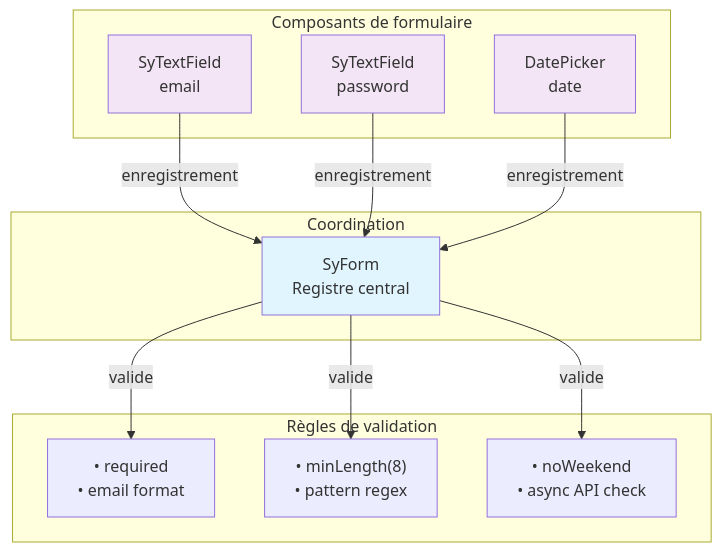
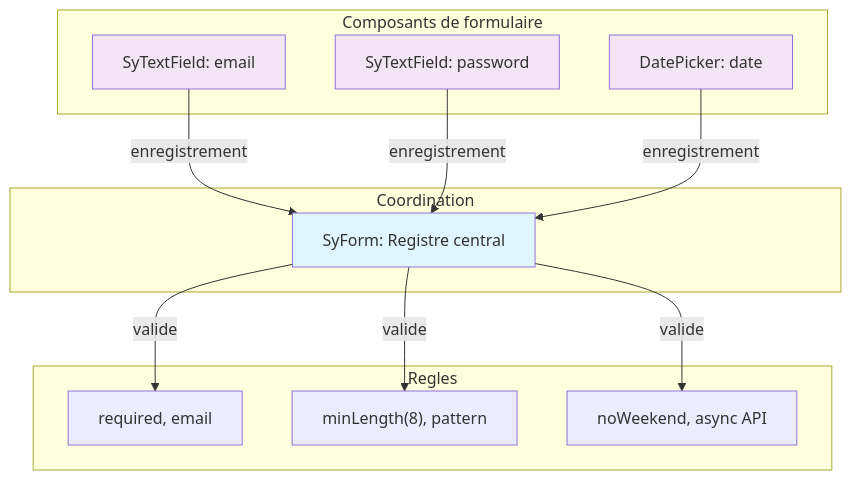
One commit to assurance-maladie-digital/design-system-v3 changed the first of 9 diagrams in VALIDATION_SYSTEM_GUIDE.md. Above: the diagram before and after it, drawn with Mermaid. The commit also changed other lines of this file, not shown here.

Commit message:
VALIDATION_SYSTEM_GUIDE: simplify mermaid diagrams and improve readability

````diff
--- a/VALIDATION_SYSTEM_GUIDE.md
+++ b/VALIDATION_SYSTEM_GUIDE.md
@@ -9,31 +9,31 @@
 ```mermaid
 flowchart TB
     subgraph Champs["Composants de formulaire"]
-        A[SyTextField<br/>email]
-        B[SyTextField<br/>password]
-        C[DatePicker<br/>date]
+        A["SyTextField: email"]
+        B["SyTextField: password"]
+        C["DatePicker: date"]
     end
 
     subgraph Form["Coordination"]
-        S[SyForm<br/>Registre central]
+        S["SyForm: Registre central"]
     end
 
-    subgraph Rules["Règles de validation"]
-        RA["• required<br/>• email format"]
-        RB["• minLength(8)<br/>• pattern regex"]
-        RC["• noWeekend<br/>• async API check"]
+    subgraph Rules["Regles"]
+        RA["required, email"]
+        RB["minLength(8), pattern"]
+        RC["noWeekend, async API"]
     end
 
     A -->|enregistrement| S
     B -->|enregistrement| S
     C -->|enregistrement| S
 
     S -->|valide| RA
     S -->|valide| RB
     S -->|valide| RC
 
     style S fill:#e1f5fe
     style A fill:#f3e5f5
     style B fill:#f3e5f5
     style C fill:#f3e5f5
 ```
````
